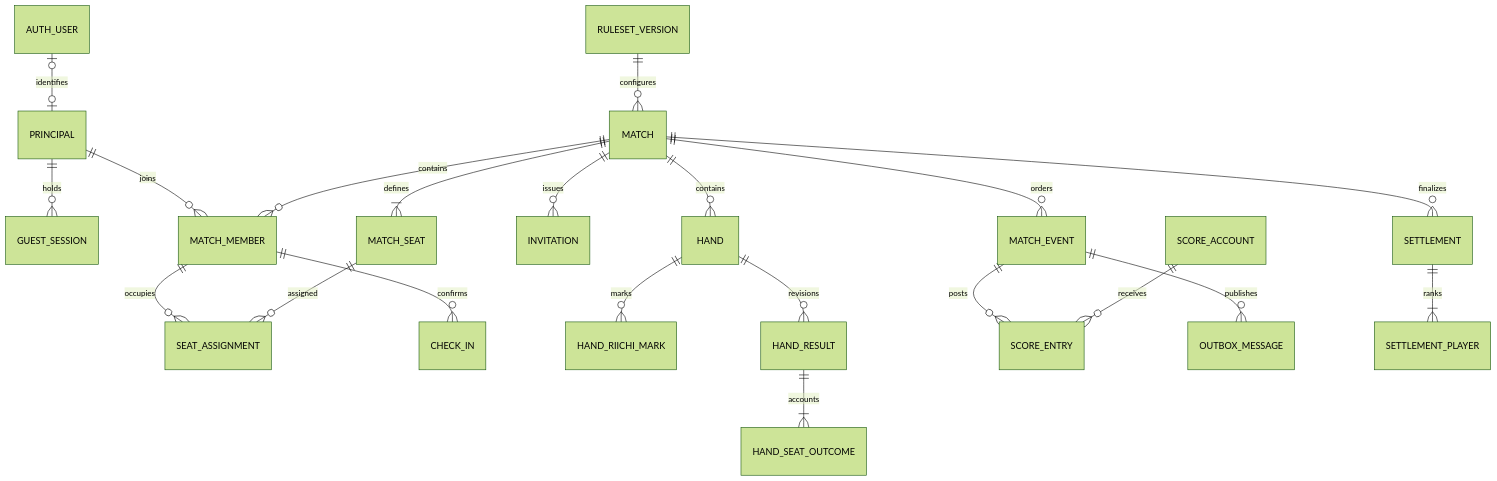
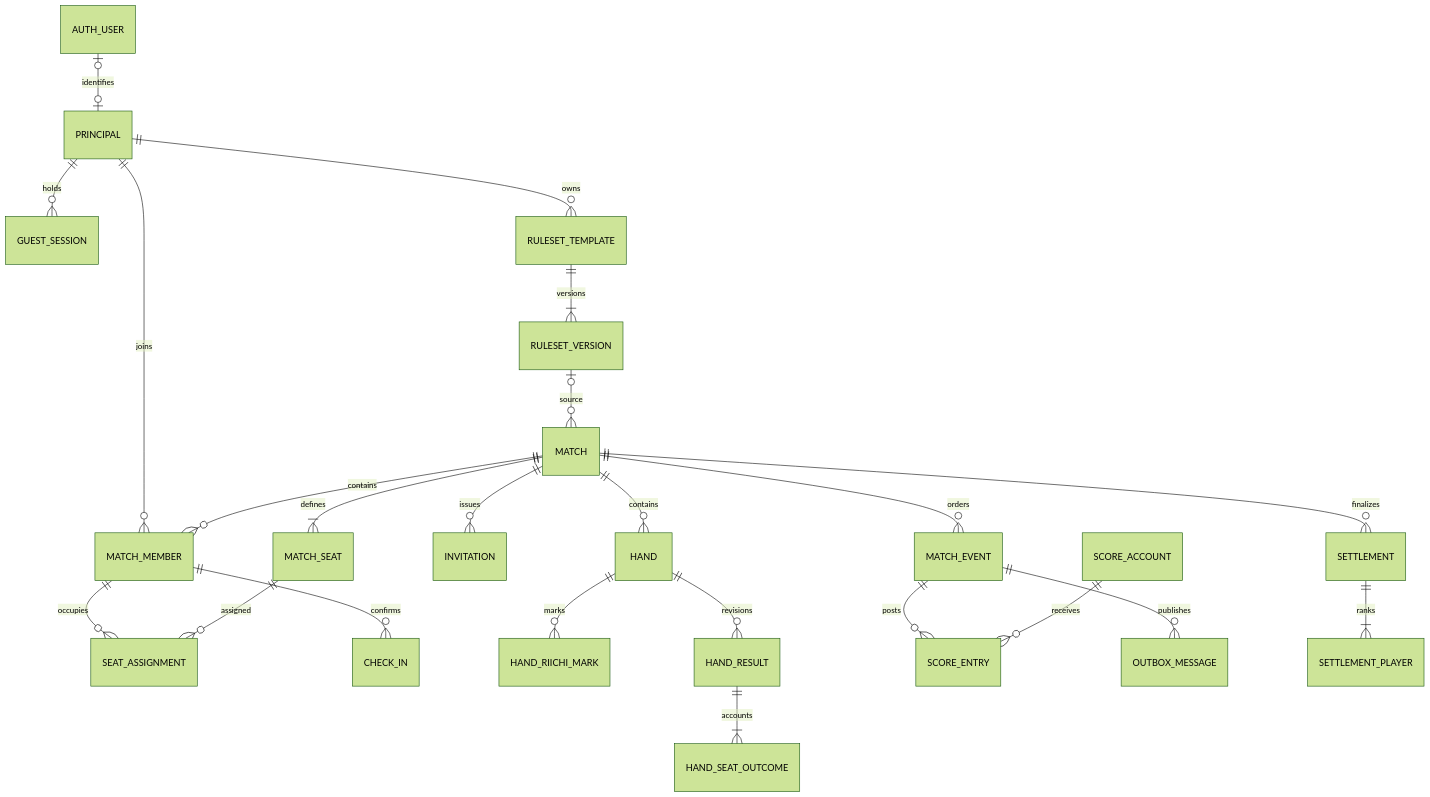
Before and after one commit to p1ziYu/riichi_tracker: the diagram in docs/数据库设计.md, drawn with Mermaid (forest theme). The commit also changed other lines of this file and 5 other files, not shown here.

````diff
--- a/docs/数据库设计.md
+++ b/docs/数据库设计.md
@@ -17,23 +17,25 @@
 ```mermaid
 erDiagram
     AUTH_USER o|--o| PRINCIPAL : identifies
     PRINCIPAL ||--o{ GUEST_SESSION : holds
     PRINCIPAL ||--o{ MATCH_MEMBER : joins
     MATCH ||--o{ MATCH_MEMBER : contains
     MATCH ||--|{ MATCH_SEAT : defines
     MATCH_MEMBER ||--o{ SEAT_ASSIGNMENT : occupies
     MATCH_SEAT ||--o{ SEAT_ASSIGNMENT : assigned
+    PRINCIPAL ||--o{ RULESET_TEMPLATE : owns
+    RULESET_TEMPLATE ||--|{ RULESET_VERSION : versions
     MATCH ||--o{ INVITATION : issues
     MATCH_MEMBER ||--o{ CHECK_IN : confirms
-    RULESET_VERSION ||--o{ MATCH : configures
+    RULESET_VERSION o|--o{ MATCH : source
     MATCH ||--o{ HAND : contains
     HAND ||--o{ HAND_RIICHI_MARK : marks
     HAND ||--o{ HAND_RESULT : revisions
     HAND_RESULT ||--|{ HAND_SEAT_OUTCOME : accounts
     MATCH ||--o{ MATCH_EVENT : orders
     MATCH_EVENT ||--o{ SCORE_ENTRY : posts
     SCORE_ACCOUNT ||--o{ SCORE_ENTRY : receives
     MATCH_EVENT ||--o{ OUTBOX_MESSAGE : publishes
     MATCH ||--o{ SETTLEMENT : finalizes
     SETTLEMENT ||--|{ SETTLEMENT_PLAYER : ranks
 ```
````
